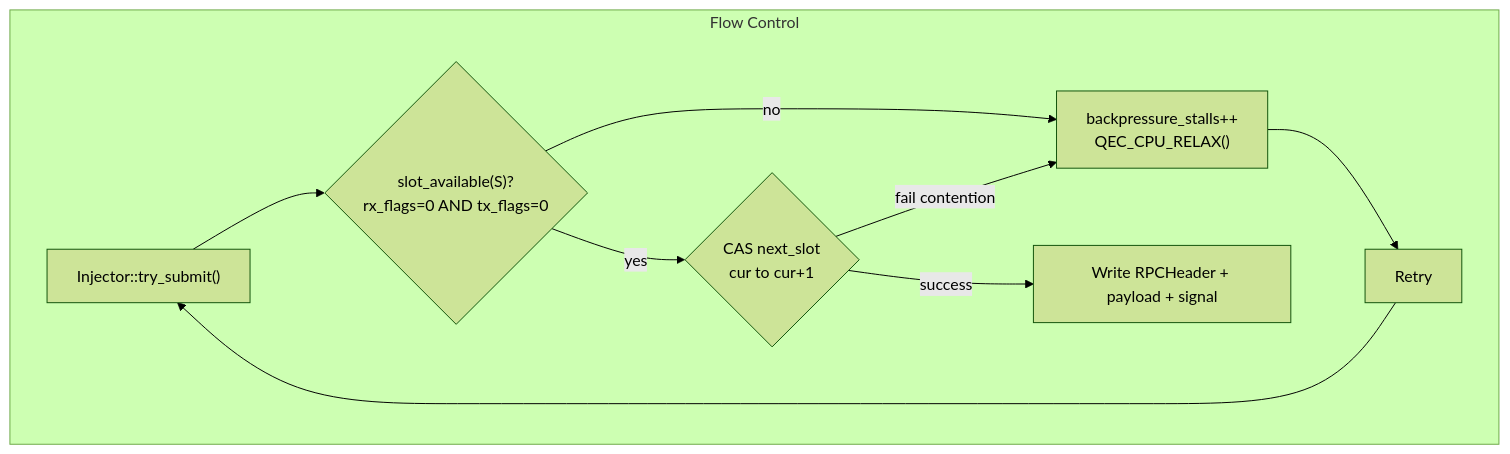
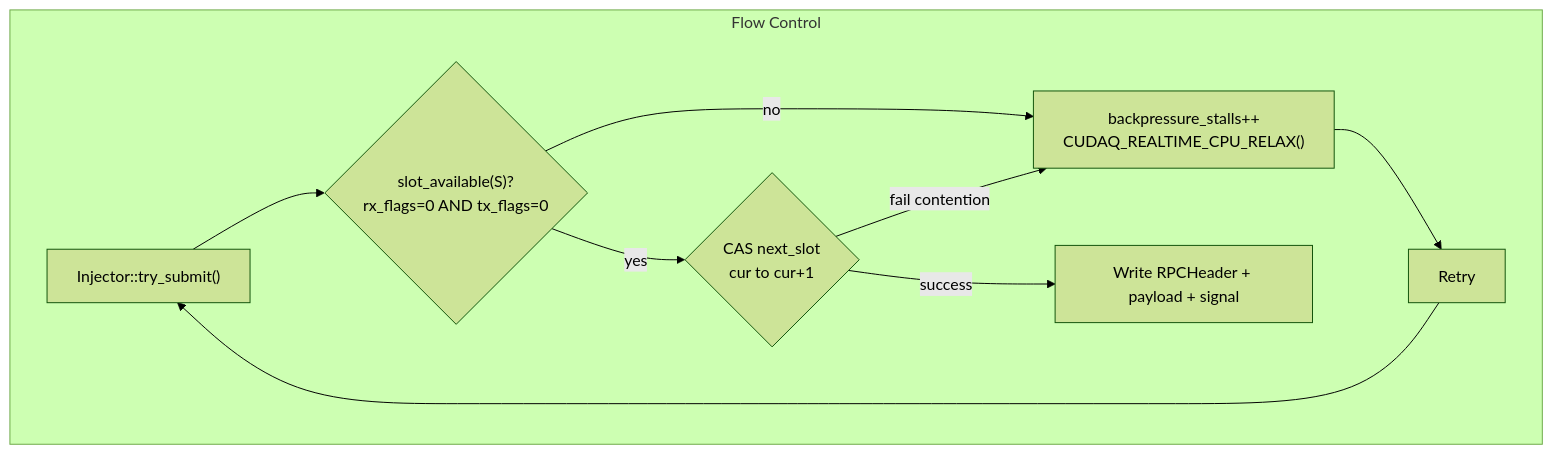
One commit to wsttiger/cudaqx changed the sixth of 8 diagrams in docs/realtime_pipeline_architecture.md. Above: the diagram before and after it, drawn with Mermaid (forest theme). The commit also changed other lines of this file and 7 other files, not shown here.

First line of the commit message:
Add multi-GPU predecoder support and update docs for cudaq-realtime SDK changes

````diff
--- a/docs/realtime_pipeline_architecture.md
+++ b/docs/realtime_pipeline_architecture.md
@@ -344,18 +345,18 @@
 ```mermaid
 flowchart TD
     subgraph "Flow Control"
         Submit["Injector::try_submit()"]
         Check{"slot_available(S)?<br>rx_flags=0 AND tx_flags=0"}
         CAS{"CAS next_slot<br>cur to cur+1"}
         Write["Write RPCHeader + payload + signal"]
-        Stall["backpressure_stalls++<br>QEC_CPU_RELAX()"]
+        Stall["backpressure_stalls++<br>CUDAQ_REALTIME_CPU_RELAX()"]
         Retry["Retry"]
 
         Submit --> Check
         Check -->|yes| CAS
         Check -->|no| Stall
         CAS -->|success| Write
         CAS -->|"fail contention"| Stall
         Stall --> Retry --> Submit
     end
 ```
````
